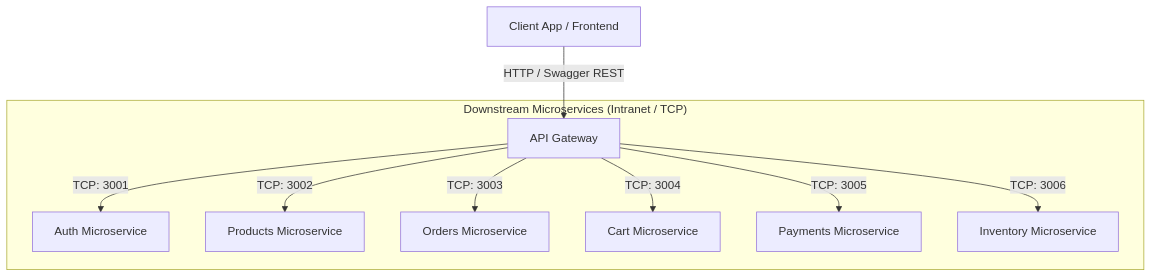
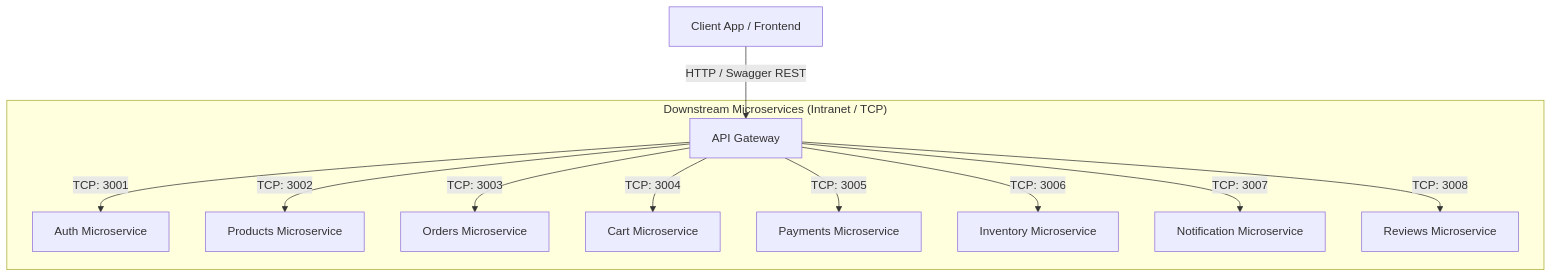
The diagram in README.md (vipul-devs99/enterprise-nestjs-microservices-tcp-monorepo), drawn with Mermaid before and after one commit. The commit also changed other lines of this file, not shown here.

Commit message:
docs: update architecture documentation to include Notification and Reviews microservices

````diff
--- a/README.md
+++ b/README.md
@@ -22,13 +22,15 @@
 ```mermaid
 graph TD
     Client[Client App / Frontend] -->|HTTP / Swagger REST| Gateway[API Gateway]
     
     subgraph "Downstream Microservices (Intranet / TCP)"
         Gateway -->|TCP: 3001| Auth[Auth Microservice]
         Gateway -->|TCP: 3002| Products[Products Microservice]
         Gateway -->|TCP: 3003| Orders[Orders Microservice]
         Gateway -->|TCP: 3004| Cart[Cart Microservice]
         Gateway -->|TCP: 3005| Payments[Payments Microservice]
         Gateway -->|TCP: 3006| Inventory[Inventory Microservice]
+        Gateway -->|TCP: 3007| Notifications[Notification Microservice]
+        Gateway -->|TCP: 3008| Reviews[Reviews Microservice]
     end
 ```
````
